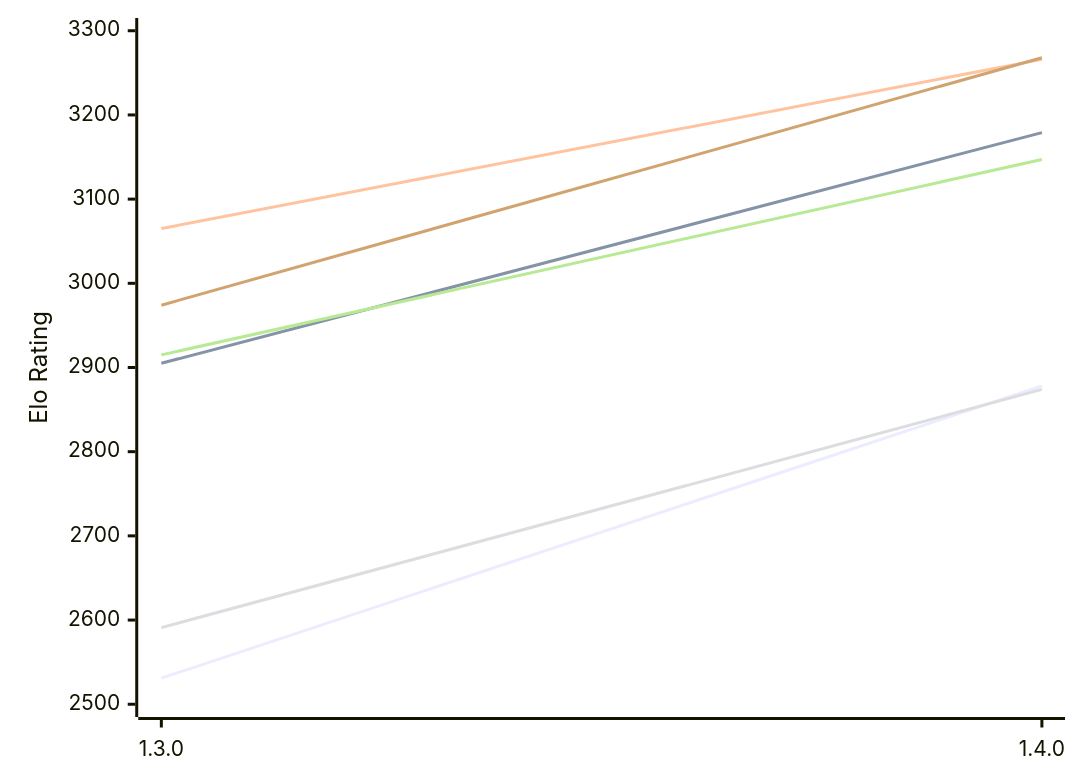
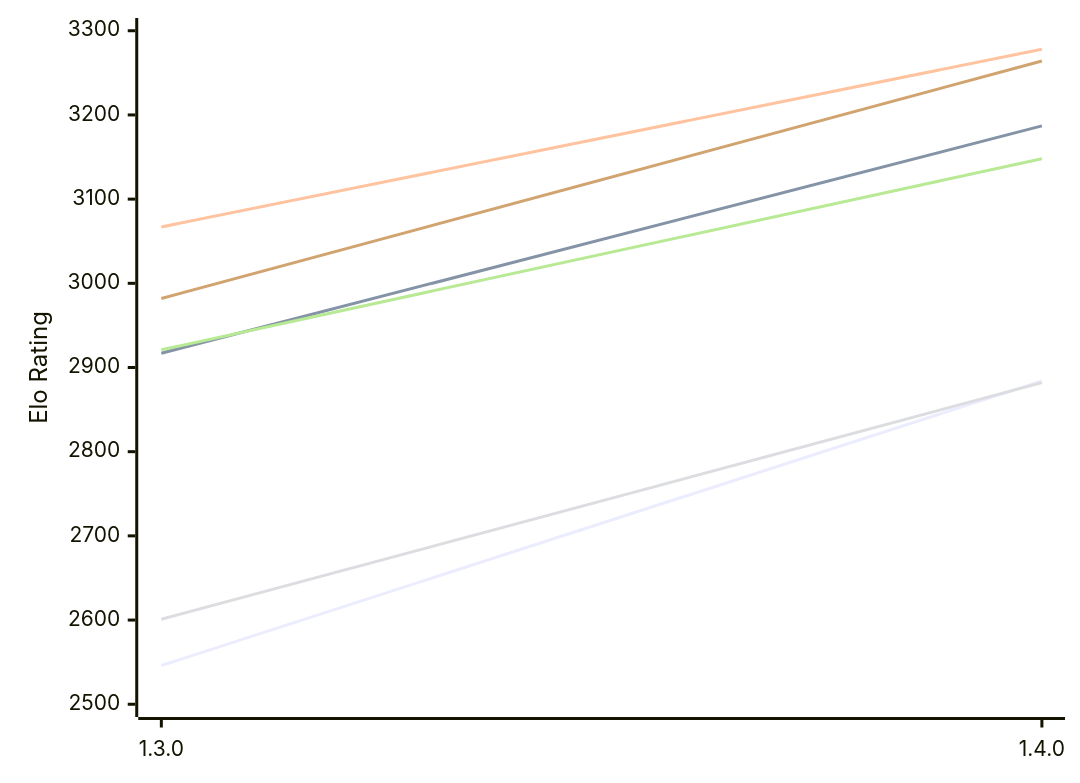
The first of 2 diagrams in engines/Ember.md (computer-chess-index/cci), drawn with Mermaid before and after one commit. The commit also changed other lines of this file, not shown here.

Commit message:
Update CCI Ratings (ELO VLTC) - 2026-11-16

````diff
--- a/engines/Ember.md
+++ b/engines/Ember.md
@@ -51,12 +51,12 @@
 ```mermaid
 %%{init: {"theme":"base","themeVariables":{"seriesColors:['#a3a3a3','#222221','#faa371']}}}%%
 xychart-beta
   x-axis ["1.3.0", "1.4.0"]
   y-axis "Elo Rating" 2500 --> 3300
-  line "E1: STC (8.0+0.08s)" [2531, 2878]
-  line "E1: LTC (60.0+0.60s)" [2905, 3179]
-  line "E1: VLTC (2m24s+1.12s)" [3065, 3266]
-  line "P1: STC (8.0+0.08s)" [2591, 2874]
-  line "P1: LTC (60.0+0.60s)" [2915, 3147]
-  line "P1: VLTC (2m24s+1.12s)" [2974, 3268]
+  line "E1: STC (8.0+0.08s)" [2546, 2884]
+  line "E1: LTC (60.0+0.60s)" [2917, 3187]
+  line "E1: VLTC (2m24s+1.12s)" [3067, 3278]
+  line "P1: STC (8.0+0.08s)" [2601, 2882]
+  line "P1: LTC (60.0+0.60s)" [2921, 3148]
+  line "P1: VLTC (2m24s+1.12s)" [2982, 3264]
 ```
````
